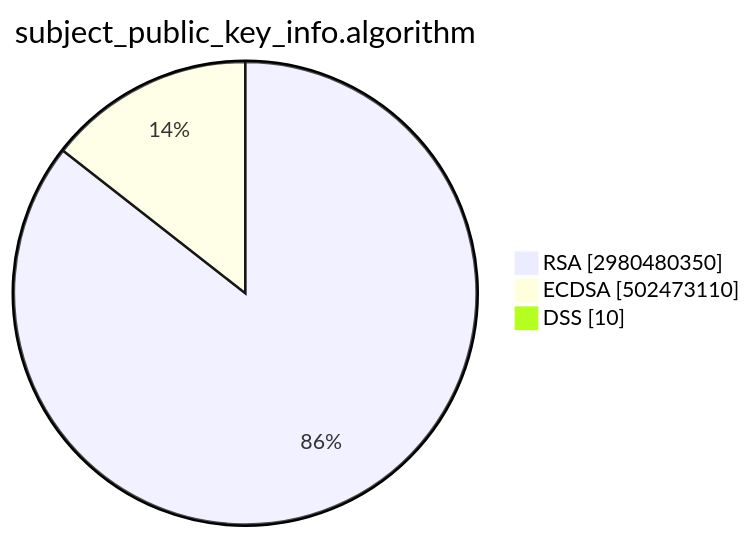
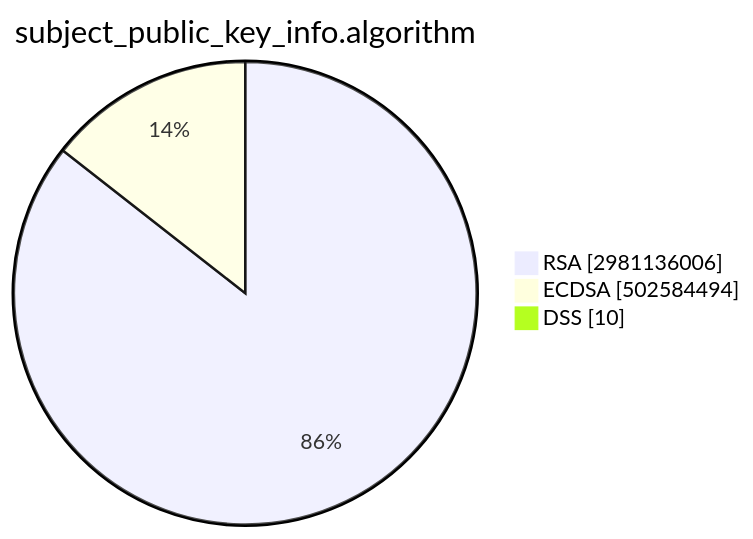
The second of 15 diagrams in TOTAL/README.md (christiankrug/ctmonitor_visualization), drawn with Mermaid before and after one commit. The commit also changed other lines of this file, not shown here.

````diff
--- a/TOTAL/README.md
+++ b/TOTAL/README.md
@@ -6,7 +6,7 @@
 ```mermaid
 pie showData
 title subject_public_key_info.algorithm
-"RSA" :2980480350
-"ECDSA" :502473110
+"RSA" :2981136006
+"ECDSA" :502584494
 "DSS" :10
 ```
````
